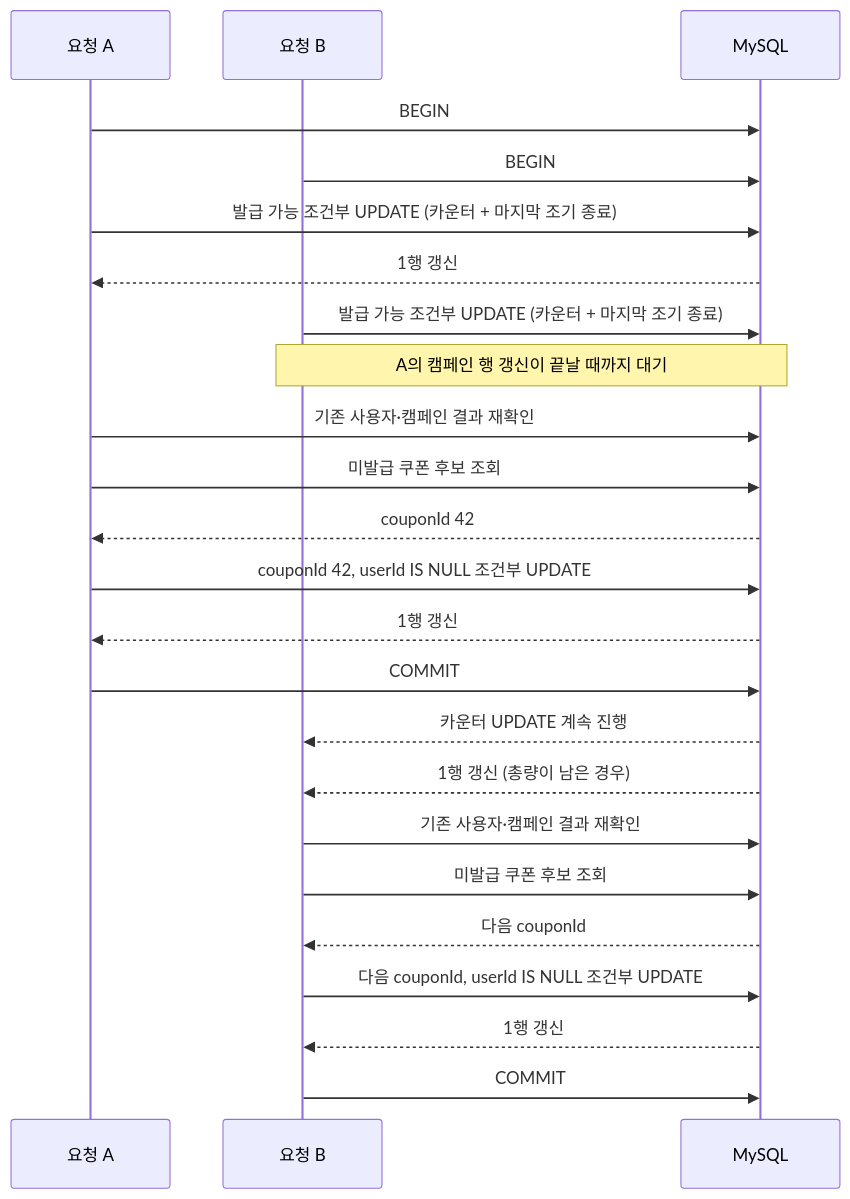
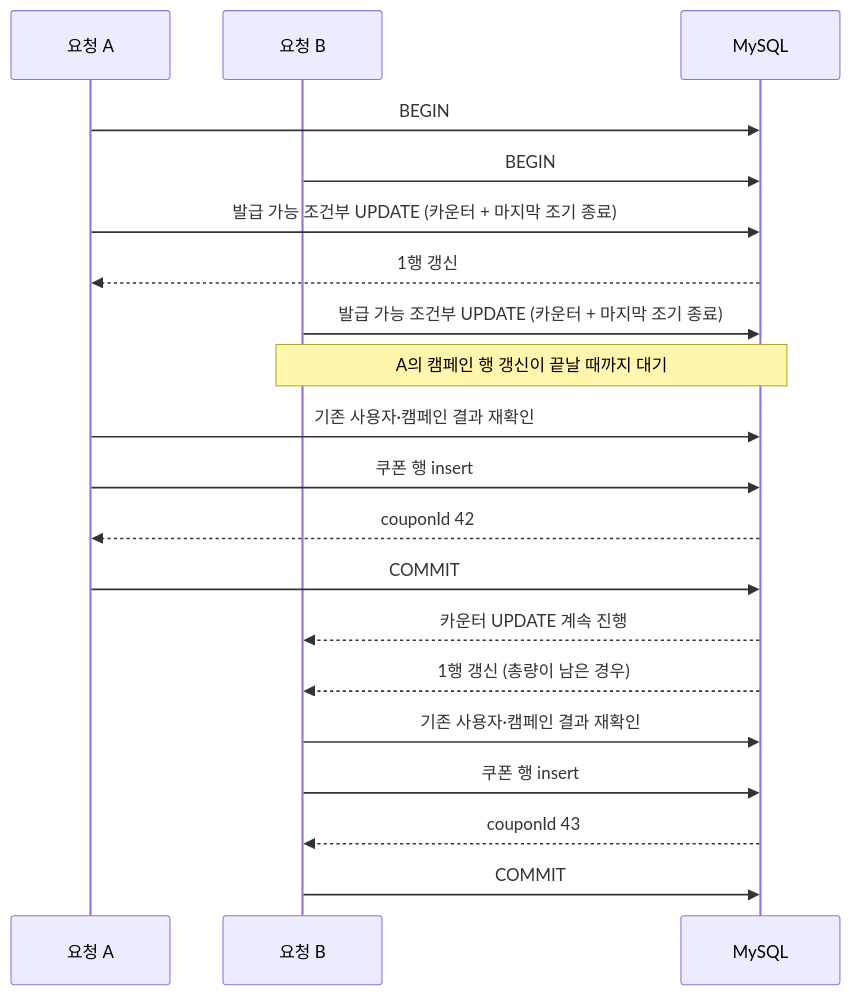
One commit to loopers-labs/loop-pack-be-l2-vol5-java changed the sixth of 8 diagrams in docs/system-design/use-cases/coupon-issuance.md. Above: the diagram before and after it, drawn with Mermaid. The commit also changed other lines of this file and 4 other files, not shown here.

````diff
--- a/docs/system-design/use-cases/coupon-issuance.md
+++ b/docs/system-design/use-cases/coupon-issuance.md
@@ -312,27 +308,23 @@
 ```mermaid
 sequenceDiagram
     participant A as 요청 A
     participant B as 요청 B
     participant DB as MySQL
 
     A->>DB: BEGIN
     B->>DB: BEGIN
     A->>DB: 발급 가능 조건부 UPDATE (카운터 + 마지막 조기 종료)
     DB-->>A: 1행 갱신
     B->>DB: 발급 가능 조건부 UPDATE (카운터 + 마지막 조기 종료)
     Note over B,DB: A의 캠페인 행 갱신이 끝날 때까지 대기
     A->>DB: 기존 사용자·캠페인 결과 재확인
-    A->>DB: 미발급 쿠폰 후보 조회
+    A->>DB: 쿠폰 행 insert
     DB-->>A: couponId 42
-    A->>DB: couponId 42, userId IS NULL 조건부 UPDATE
-    DB-->>A: 1행 갱신
     A->>DB: COMMIT
     DB-->>B: 카운터 UPDATE 계속 진행
     DB-->>B: 1행 갱신 (총량이 남은 경우)
     B->>DB: 기존 사용자·캠페인 결과 재확인
-    B->>DB: 미발급 쿠폰 후보 조회
-    DB-->>B: 다음 couponId
-    B->>DB: 다음 couponId, userId IS NULL 조건부 UPDATE
-    DB-->>B: 1행 갱신
+    B->>DB: 쿠폰 행 insert
+    DB-->>B: couponId 43
     B->>DB: COMMIT
 ```
````
